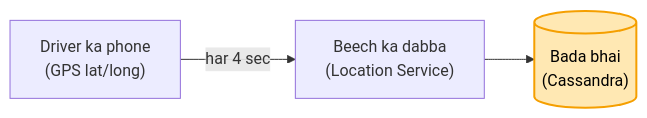
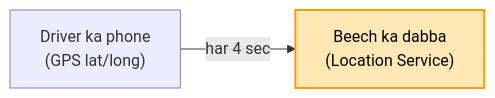
The first of 14 diagrams in 04_HLD/SYSTEM_DESIGNS/15_uber/15_uber.md (ArpanMaheshwari144/Prep), drawn with Mermaid before and after one commit. The commit also changed other lines of this file and 17 other files, not shown here.

Commit message:
HLD: 17 main files hand notes se milaye (har block alag section, kahani + asli naam, mermaid), technical naam bhi rakhe

````diff
--- a/04_HLD/SYSTEM_DESIGNS/15_uber/15_uber.md
+++ b/04_HLD/SYSTEM_DESIGNS/15_uber/15_uber.md
@@ -41,6 +31,5 @@
 ```mermaid
 flowchart LR
     D["Driver ka phone<br/>(GPS lat/long)"] -- "har 4 sec" --> L["Beech ka dabba<br/>(Location Service)"]
-    L --> C[("Bada bhai<br/>(Cassandra)")]
-    style C fill:#ffe8b3,stroke:#f59f00,stroke-width:2px,color:#000
+    style L fill:#ffe8b3,stroke:#f59f00,stroke-width:2px,color:#000
 ```
````
